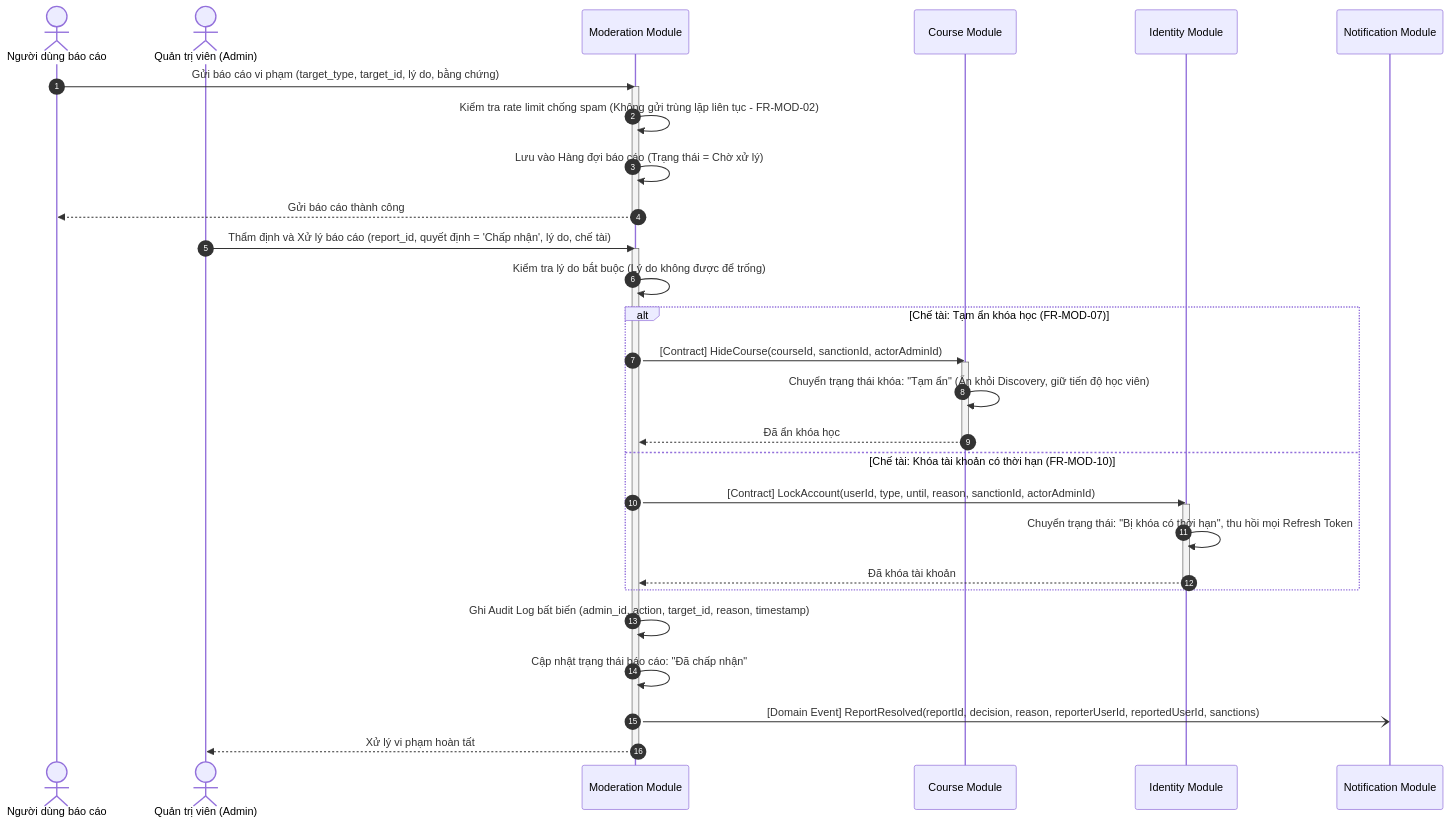
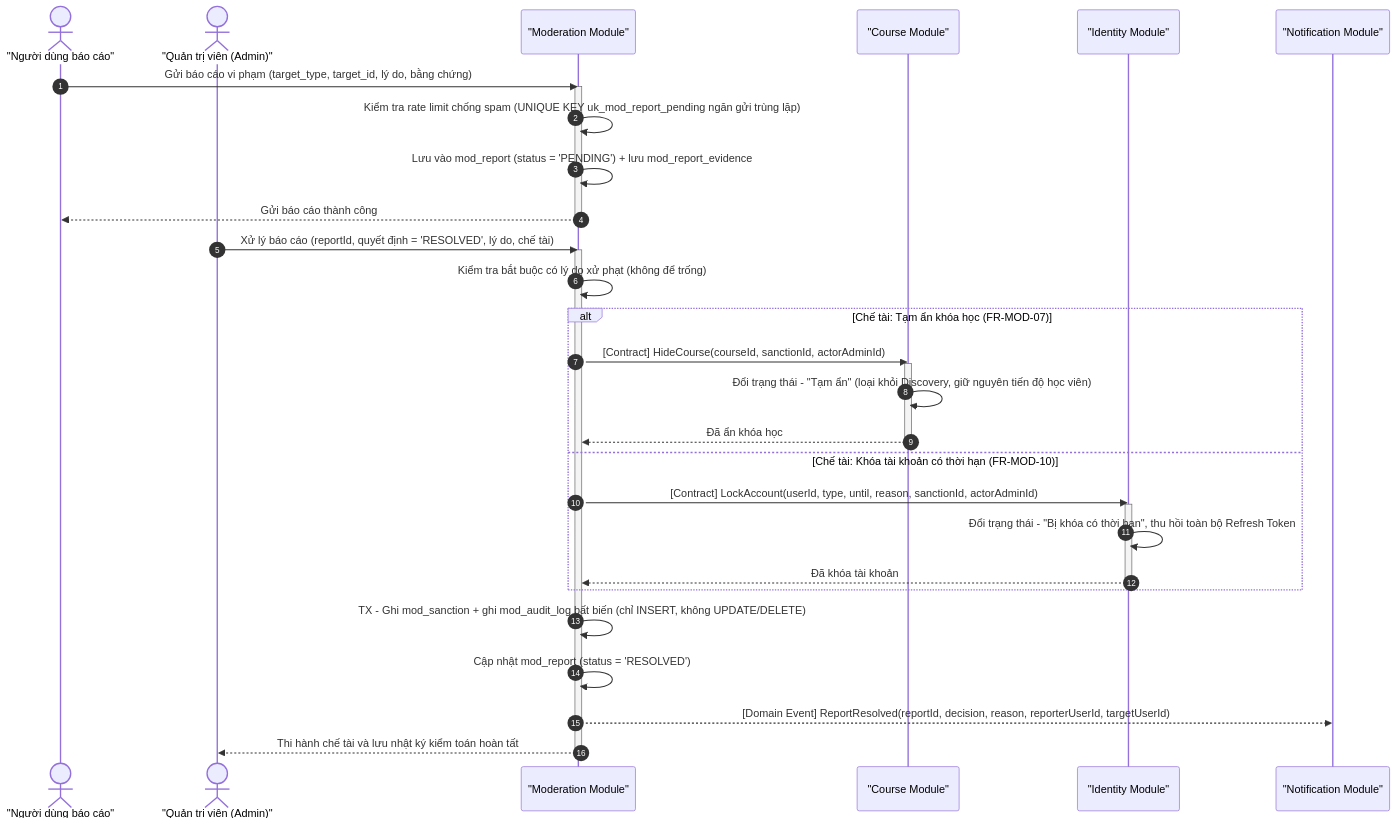
The tenth of 11 diagrams in docs/SEQUENCE_DIAGRAMS.md (buithienbao2402/BrainMemo-ModularMonolith), drawn with Mermaid before and after one commit. The commit also changed other lines of this file, not shown here.

````diff
--- a/docs/SEQUENCE_DIAGRAMS.md
+++ b/docs/SEQUENCE_DIAGRAMS.md
@@ -450,45 +492,45 @@
 ```mermaid
 sequenceDiagram
     autonumber
-    actor Reporter as Người dùng báo cáo
-    actor Admin as Quản trị viên (Admin)
-    participant Moderation as Moderation Module
-    participant Course as Course Module
-    participant Identity as Identity Module
-    participant Notification as Notification Module
+    actor Reporter as "Người dùng báo cáo"
+    actor Admin as "Quản trị viên (Admin)"
+    participant Moderation as "Moderation Module"
+    participant Course as "Course Module"
+    participant Identity as "Identity Module"
+    participant Notification as "Notification Module"
 
     %% Bước 1: Tiếp nhận báo cáo và Chống Spam
     Reporter->>Moderation: Gửi báo cáo vi phạm (target_type, target_id, lý do, bằng chứng)
     activate Moderation
-    Moderation->>Moderation: Kiểm tra rate limit chống spam (Không gửi trùng lặp liên tục - FR-MOD-02)
-    Moderation->>Moderation: Lưu vào Hàng đợi báo cáo (Trạng thái = Chờ xử lý)
+    Moderation->>Moderation: Kiểm tra rate limit chống spam (UNIQUE KEY uk_mod_report_pending ngăn gửi trùng lặp)
+    Moderation->>Moderation: Lưu vào mod_report (status = 'PENDING') + lưu mod_report_evidence
     Moderation-->>Reporter: Gửi báo cáo thành công
     deactivate Moderation
 
-    %% Bước 2: Admin thẩm định và áp dụng chế tài
-    Admin->>Moderation: Thẩm định và Xử lý báo cáo (report_id, quyết định = 'Chấp nhận', lý do, chế tài)
+    %% Bước 2: Admin thẩm định và thi hành chế tài
+    Admin->>Moderation: Xử lý báo cáo (reportId, quyết định = 'RESOLVED', lý do, chế tài)
     activate Moderation
-    Moderation->>Moderation: Kiểm tra lý do bắt buộc (Lý do không được để trống)
+    Moderation->>Moderation: Kiểm tra bắt buộc có lý do xử phạt (không để trống)
     
     alt Chế tài: Tạm ẩn khóa học (FR-MOD-07)
         Moderation->>Course: [Contract] HideCourse(courseId, sanctionId, actorAdminId)
         activate Course
-        Course->>Course: Chuyển trạng thái khóa: "Tạm ẩn" (Ẩn khỏi Discovery, giữ tiến độ học viên)
+        Course->>Course: Đổi trạng thái - "Tạm ẩn" (loại khỏi Discovery, giữ nguyên tiến độ học viên)
         Course-->>Moderation: Đã ẩn khóa học
         deactivate Course
     else Chế tài: Khóa tài khoản có thời hạn (FR-MOD-10)
         Moderation->>Identity: [Contract] LockAccount(userId, type, until, reason, sanctionId, actorAdminId)
         activate Identity
-        Identity->>Identity: Chuyển trạng thái: "Bị khóa có thời hạn", thu hồi mọi Refresh Token
+        Identity->>Identity: Đổi trạng thái - "Bị khóa có thời hạn", thu hồi toàn bộ Refresh Token
         Identity-->>Moderation: Đã khóa tài khoản
         deactivate Identity
     end
 
-    %% Bước 3: Ghi Audit Log bất biến và gửi thông báo
-    Moderation->>Moderation: Ghi Audit Log bất biến (admin_id, action, target_id, reason, timestamp)
-    Moderation->>Moderation: Cập nhật trạng thái báo cáo: "Đã chấp nhận"
+    %% Bước 3: Ghi Audit Log bất biến và phát sự kiện
+    Moderation->>Moderation: TX - Ghi mod_sanction + ghi mod_audit_log bất biến (chỉ INSERT, không UPDATE/DELETE)
+    Moderation->>Moderation: Cập nhật mod_report (status = 'RESOLVED')
     
-    Moderation-)Notification: [Domain Event] ReportResolved(reportId, decision, reason, reporterUserId, reportedUserId, sanctions)
-    Moderation-->>Admin: Xử lý vi phạm hoàn tất
+    Moderation-->>Notification: [Domain Event] ReportResolved(reportId, decision, reason, reporterUserId, targetUserId)
+    Moderation-->>Admin: Thi hành chế tài và lưu nhật ký kiểm toán hoàn tất
     deactivate Moderation
 ```
````
